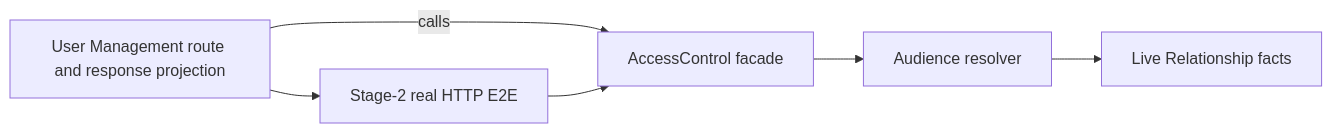
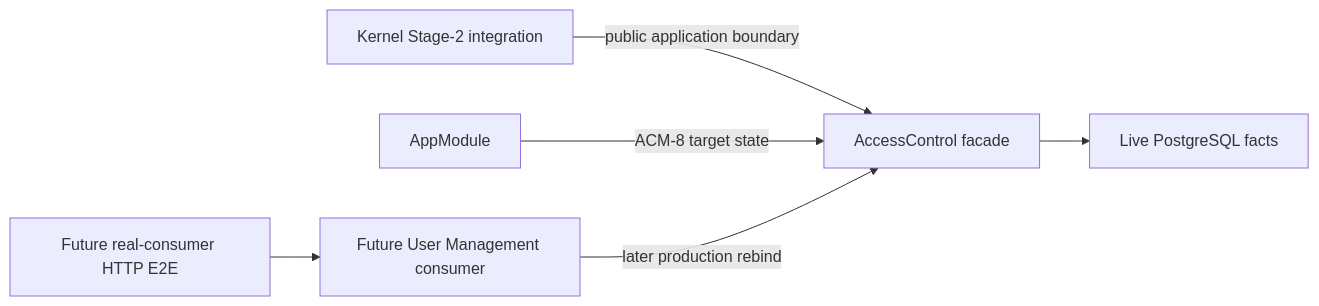
Before and after one commit to altexsoft-dmytro-novyk/workplace: the diagram in _bmad-output/planning-artifacts/architecture/architecture-access-control-foundation-2026-08-29/ARCHITECTURE-SPINE.md, drawn with Mermaid. The commit also changed other lines of this file and 136 other files, not shown here.

First line of the commit message:
Access Control Kernel MVP: approved planning package after the P2 repair (#11)

````diff
--- a/_bmad-output/planning-artifacts/architecture/architecture-access-control-foundation-2026-08-29/ARCHITECTURE-SPINE.md
+++ b/_bmad-output/planning-artifacts/architecture/architecture-access-control-foundation-2026-08-29/ARCHITECTURE-SPINE.md
@@ -66,8 +102,8 @@
 ```mermaid
 flowchart LR
-  UMRoute[User Management route and response projection] -->|calls| ACF[AccessControl facade]
-  ACF --> Resolver[Audience resolver]
-  Resolver --> Facts[Live Relationship facts]
-  UMRoute --> HTTP[Stage-2 real HTTP E2E]
-  HTTP --> ACF
+  KernelTest[Kernel Stage-2 integration] -->|public application boundary| ACF[AccessControl facade]
+  ACF --> Facts[Live PostgreSQL facts]
+  AppModule[AppModule] -->|"ACM-8 target state"| ACF
+  UMRoute[Future User Management consumer] -->|later production rebind| ACF
+  HTTP[Future real-consumer HTTP E2E] --> UMRoute
 ```
````
